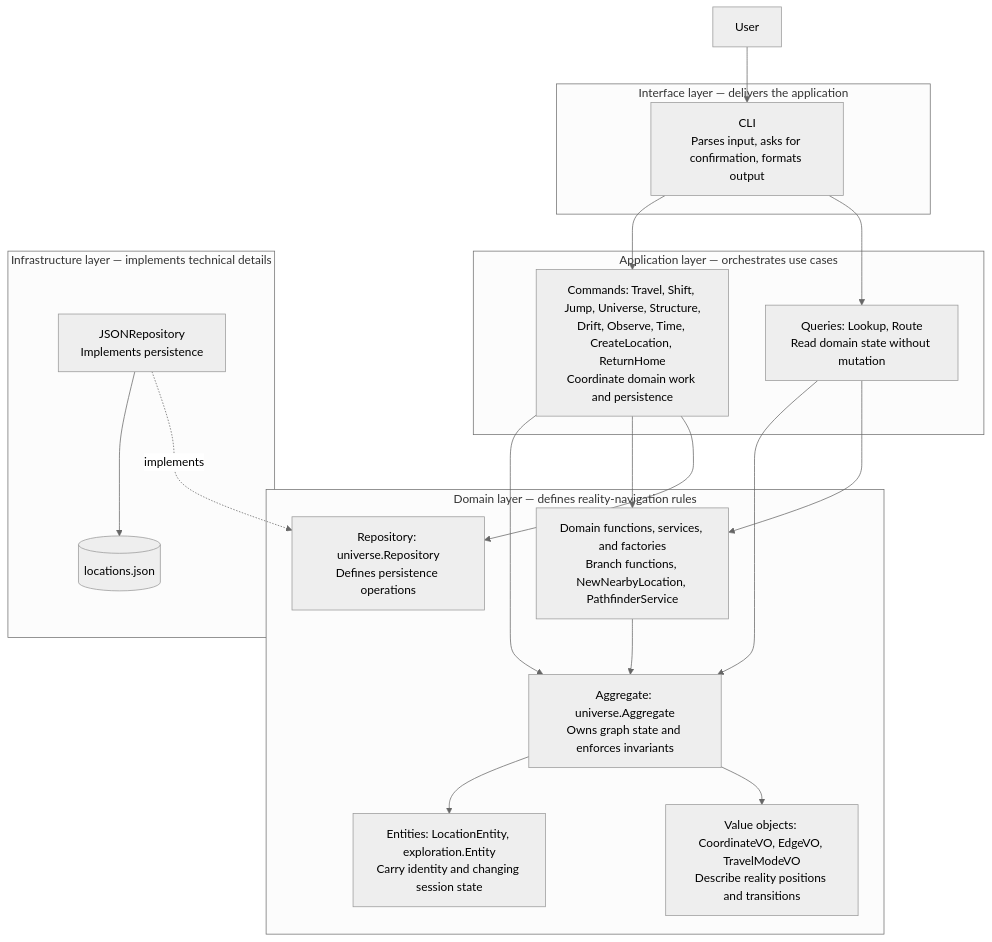
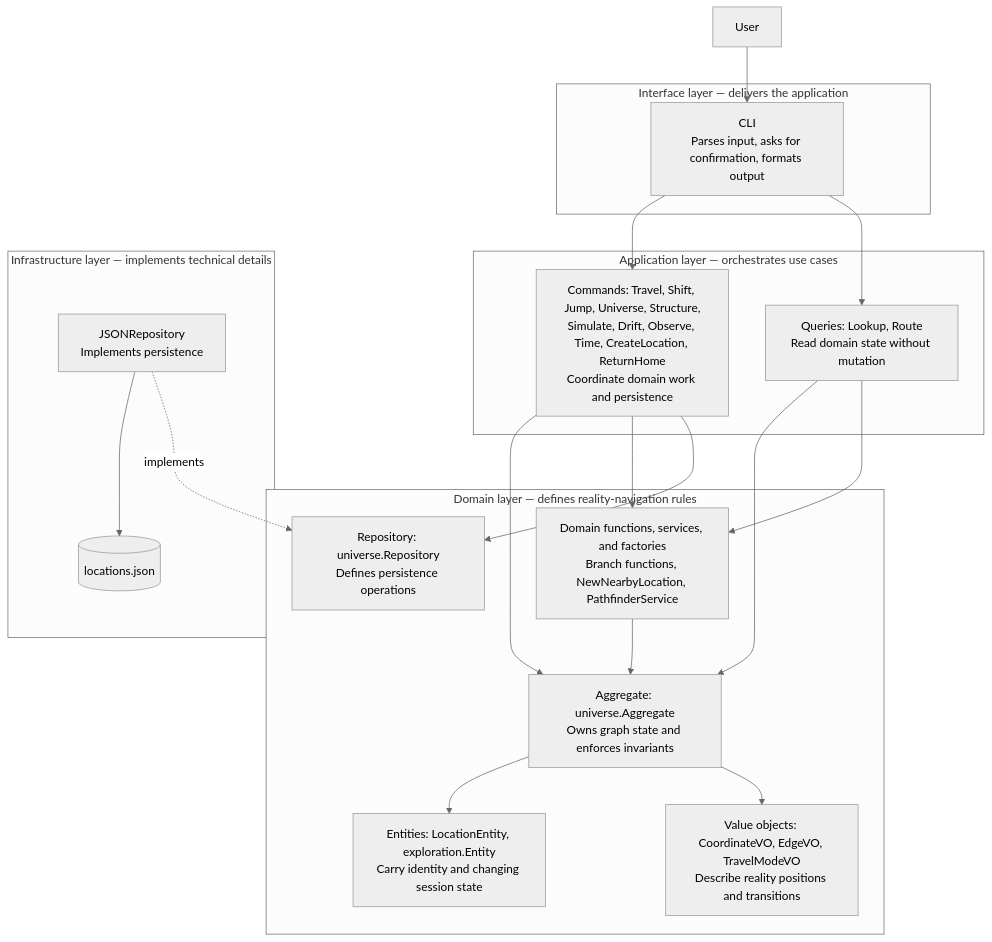
The diagram in docs/DDD.md (petherin/onto), drawn with Mermaid (neutral theme) before and after one commit. The commit also changed other lines of this file and 21 other files, not shown here.

````diff
--- a/docs/DDD.md
+++ b/docs/DDD.md
@@ -31,38 +31,38 @@
 ```mermaid
 flowchart TB
     subgraph Domain["Domain layer — defines reality-navigation rules"]
         Aggregate["Aggregate: universe.Aggregate<br/>Owns graph state and enforces invariants"]
         Entities["Entities: LocationEntity, exploration.Entity<br/>Carry identity and changing session state"]
         Values["Value objects: CoordinateVO, EdgeVO, TravelModeVO<br/>Describe reality positions and transitions"]
         Services["Domain functions, services, and factories<br/>Branch functions, NewNearbyLocation, PathfinderService"]
         Repository["Repository: universe.Repository<br/>Defines persistence operations"]
         Aggregate --> Entities
         Aggregate --> Values
         Services --> Aggregate
     end
 
     subgraph Application["Application layer — orchestrates use cases"]
-        Commands["Commands: Travel, Shift, Jump, Universe, Structure,<br/>Drift, Observe, Time, CreateLocation, ReturnHome<br/>Coordinate domain work and persistence"]
+        Commands["Commands: Travel, Shift, Jump, Universe, Structure,<br/>Simulate, Drift, Observe, Time, CreateLocation, ReturnHome<br/>Coordinate domain work and persistence"]
         Queries["Queries: Lookup, Route<br/>Read domain state without mutation"]
     end
 
     subgraph Interface["Interface layer — delivers the application"]
         CLI["CLI<br/>Parses input, asks for confirmation, formats output"]
     end
 
     subgraph Infrastructure["Infrastructure layer — implements technical details"]
         JSON["JSONRepository<br/>Implements persistence"]
         Data[(locations.json)]
         JSON --> Data
     end
 
     User[User] --> CLI
     CLI --> Commands
     CLI --> Queries
     Commands --> Aggregate
     Commands --> Services
     Commands --> Repository
     Queries --> Aggregate
     Queries --> Services
     JSON -. implements .-> Repository
 ```
````
